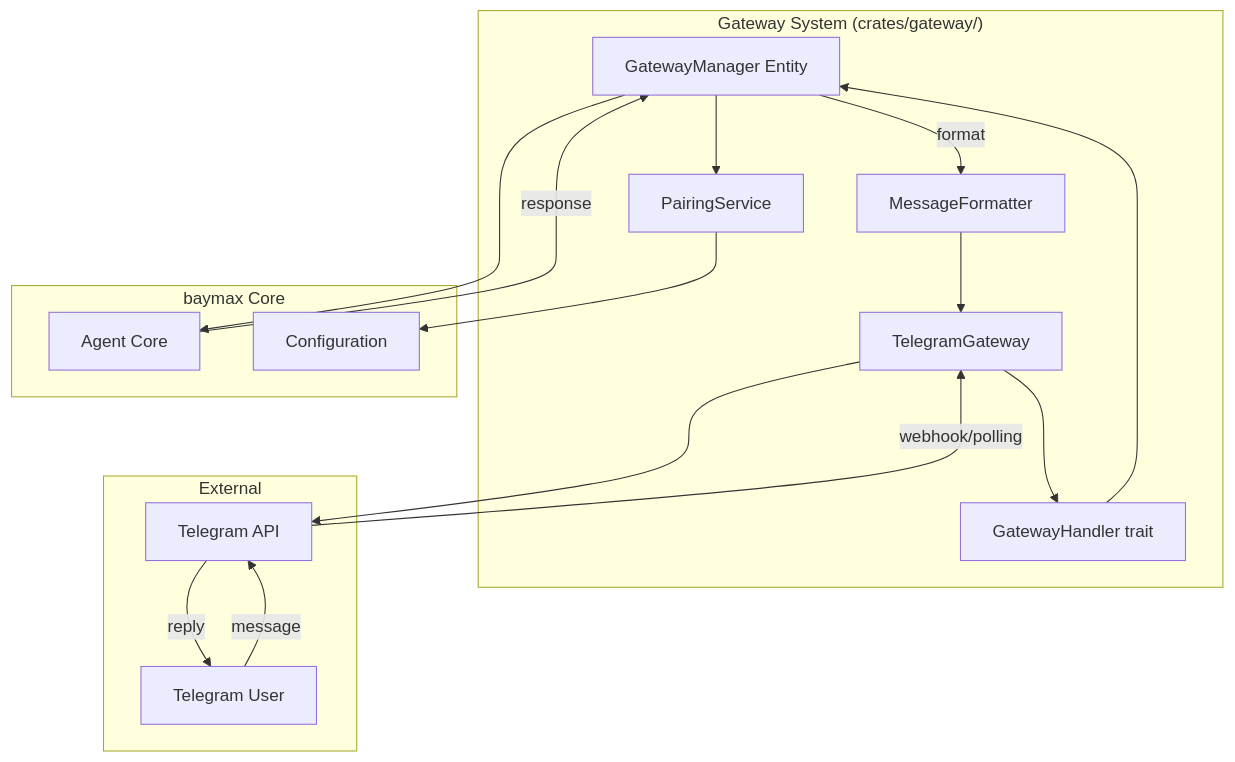
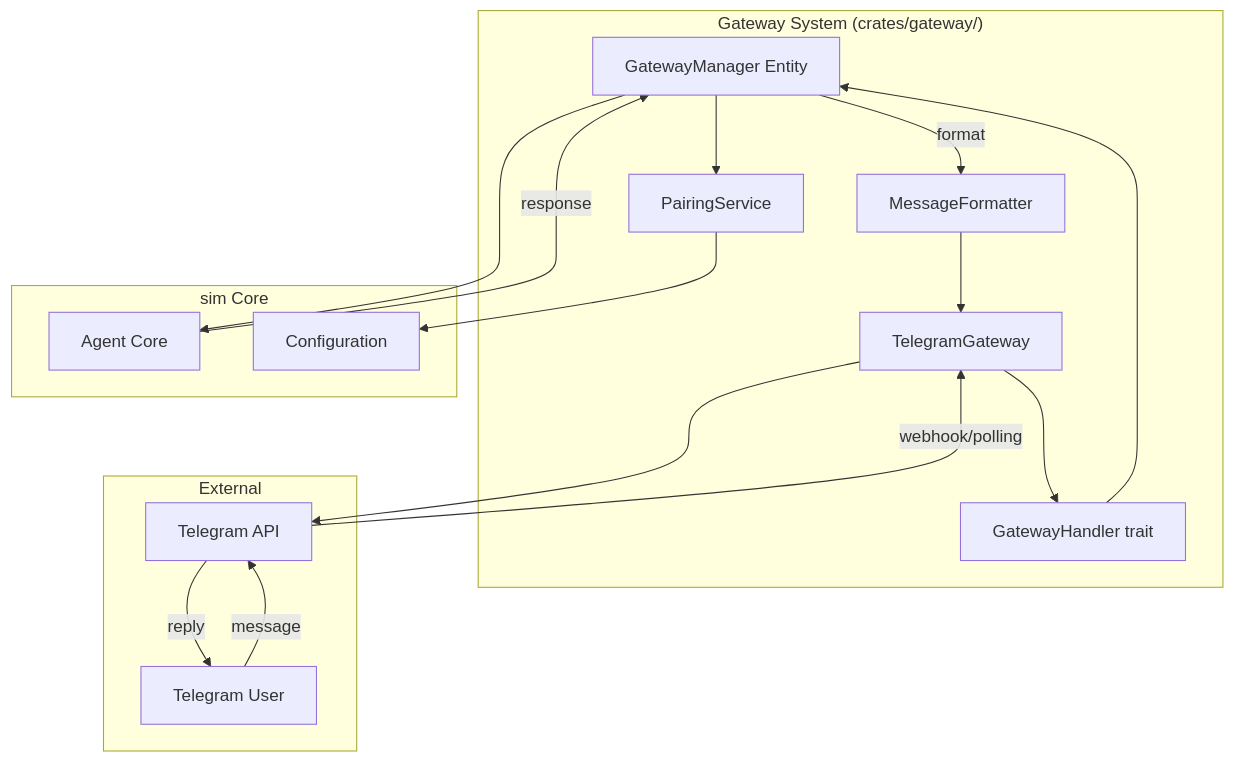
One commit to imagineerings/xor changed the diagram in .agents/specs/goose-migration/gateway/design.md. Above: the diagram before and after it, drawn with Mermaid. The commit also changed other lines of this file and 1952 other files, not shown here.

Commit message:
chore: rename from baymax to sim (#61)

````diff
--- a/.agents/specs/goose-migration/gateway/design.md
+++ b/.agents/specs/goose-migration/gateway/design.md
@@ -16,33 +16,33 @@
 ```mermaid
 graph TD
     subgraph "Gateway System (crates/gateway/)"
         Manager[GatewayManager Entity]
         Handler[GatewayHandler trait]
         Telegram[TelegramGateway]
         Pairing[PairingService]
         Format[MessageFormatter]
     end
 
     subgraph "External"
         TG[Telegram API]
         User[Telegram User]
     end
 
-    subgraph "baymax Core"
+    subgraph "sim Core"
         Agent[Agent Core]
         Config[Configuration]
     end
 
     User -->|message| TG
     TG -->|webhook/polling| Telegram
     Telegram --> Handler
     Handler --> Manager
     Manager --> Agent
     Agent -->|response| Manager
     Manager -->|format| Format
     Format --> Telegram
     Telegram --> TG
     TG -->|reply| User
     Manager --> Pairing
     Pairing --> Config
 ```
````
